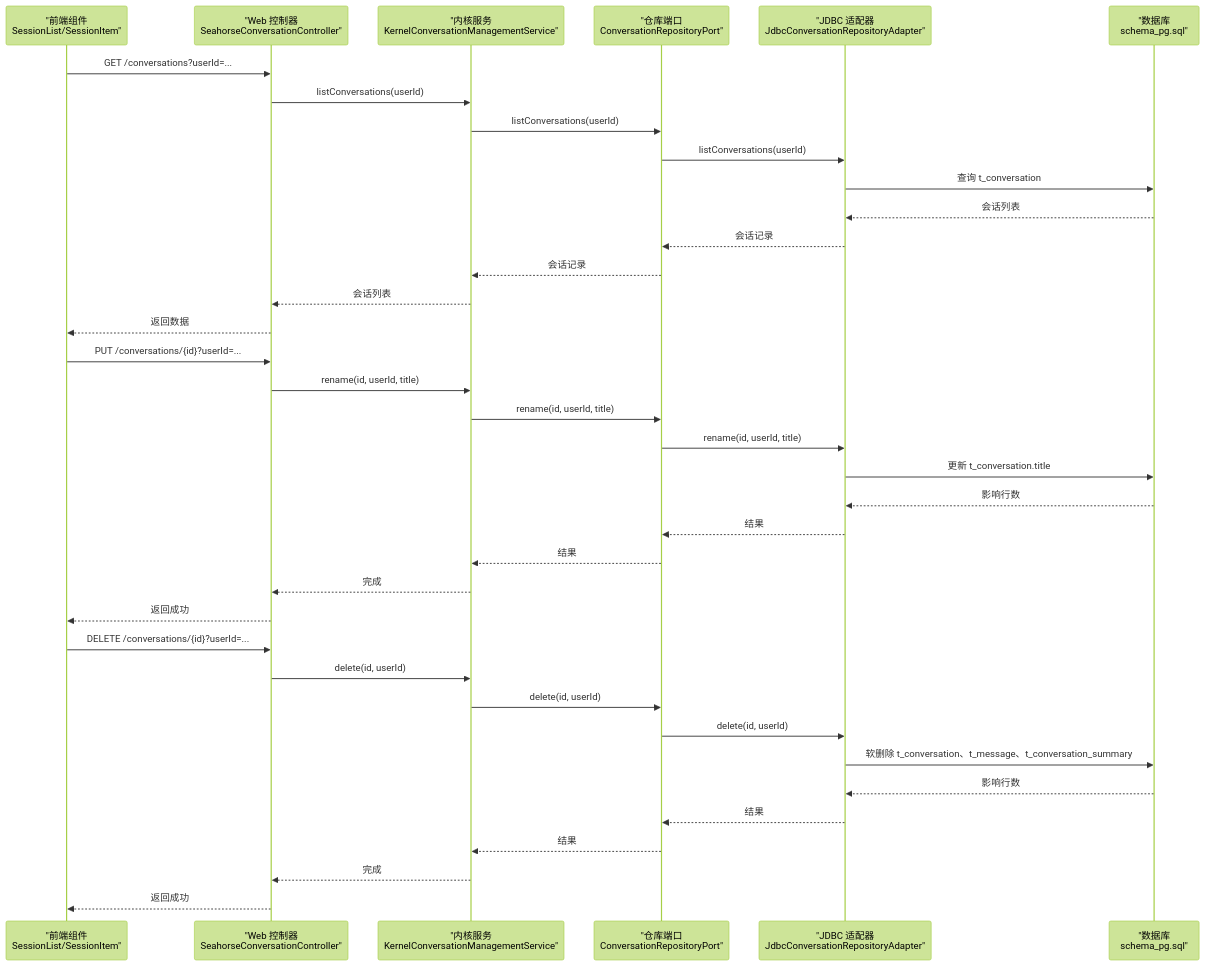
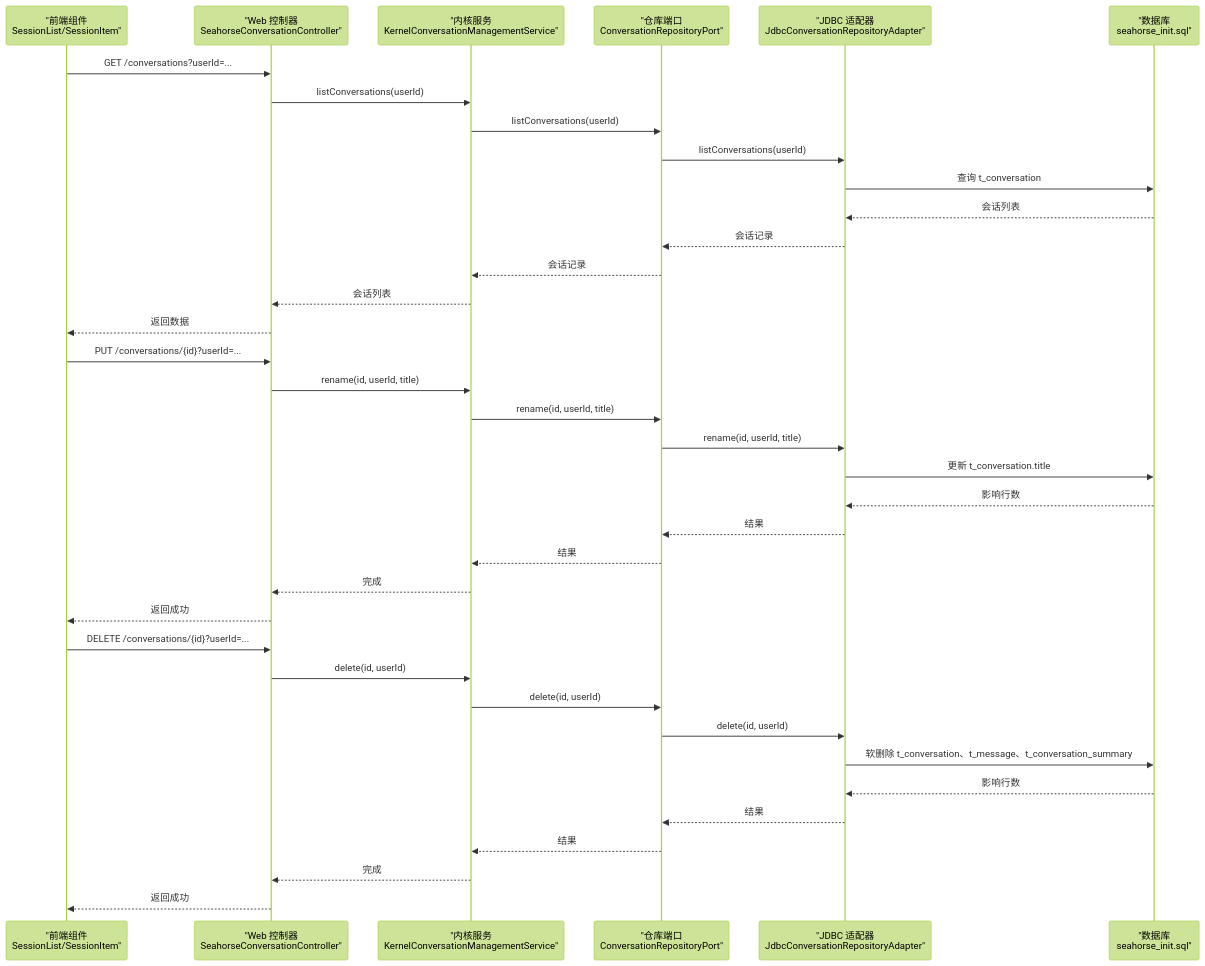
One commit to onceMisery/seahorse-agent changed the second of 8 diagrams in docs/zh/content/后端系统/核心内核/应用服务层/会话管理应用服务.md. Above: the diagram before and after it, drawn with Mermaid (forest theme). The commit also changed other lines of this file and 31 other files, not shown here.

First line of the commit message:
refactor: merge all DDL into seahorse_init.sql, delete redundant scripts

````diff
--- a/docs/zh/content/后端系统/核心内核/应用服务层/会话管理应用服务.md
+++ b/docs/zh/content/后端系统/核心内核/应用服务层/会话管理应用服务.md
@@ -104,39 +104,39 @@
 ```mermaid
 sequenceDiagram
 participant FE as "前端组件<br/>SessionList/SessionItem"
 participant API as "Web 控制器<br/>SeahorseConversationController"
 participant SVC as "内核服务<br/>KernelConversationManagementService"
 participant PORT as "仓库端口<br/>ConversationRepositoryPort"
 participant ADP as "JDBC 适配器<br/>JdbcConversationRepositoryAdapter"
-participant DB as "数据库<br/>schema_pg.sql"
+participant DB as "数据库<br/>seahorse_init.sql"
 FE->>API : GET /conversations?userId=...
 API->>SVC : listConversations(userId)
 SVC->>PORT : listConversations(userId)
 PORT->>ADP : listConversations(userId)
 ADP->>DB : 查询 t_conversation
 DB-->>ADP : 会话列表
 ADP-->>PORT : 会话记录
 PORT-->>SVC : 会话记录
 SVC-->>API : 会话列表
 API-->>FE : 返回数据
 FE->>API : PUT /conversations/{id}?userId=...
 API->>SVC : rename(id, userId, title)
 SVC->>PORT : rename(id, userId, title)
 PORT->>ADP : rename(id, userId, title)
 ADP->>DB : 更新 t_conversation.title
 DB-->>ADP : 影响行数
 ADP-->>PORT : 结果
 PORT-->>SVC : 结果
 SVC-->>API : 完成
 API-->>FE : 返回成功
 FE->>API : DELETE /conversations/{id}?userId=...
 API->>SVC : delete(id, userId)
 SVC->>PORT : delete(id, userId)
 PORT->>ADP : delete(id, userId)
 ADP->>DB : 软删除 t_conversation、t_message、t_conversation_summary
 DB-->>ADP : 影响行数
 ADP-->>PORT : 结果
 PORT-->>SVC : 结果
 SVC-->>API : 完成
 API-->>FE : 返回成功
 ```
````
